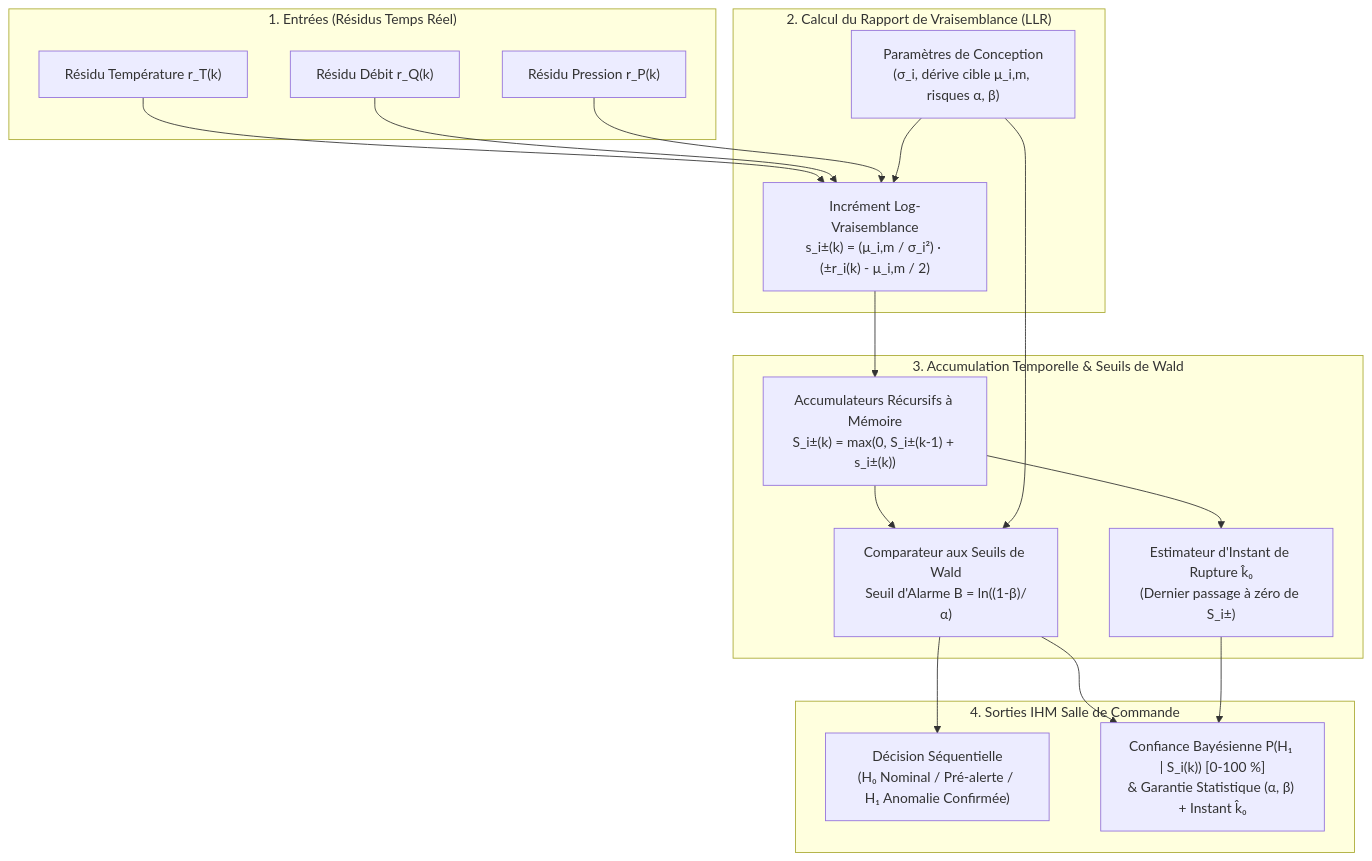
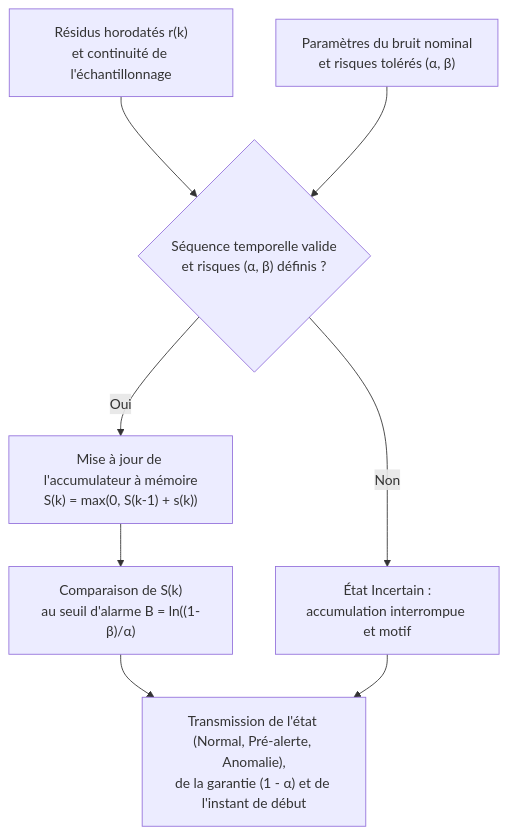
One commit to cKEVIN-Sawadogo/IMP-II-Automne-2026 changed the third of 3 diagrams in lot_l7_detection_anomalies_concepts.md. Above: the diagram before and after it, drawn with Mermaid. The commit also changed other lines of this file, not shown here.

Commit message:
mise a jour  de lot_l7_detection_anomalies_concepts.md

````diff
--- a/lot_l7_detection_anomalies_concepts.md
+++ b/lot_l7_detection_anomalies_concepts.md
@@ -229,34 +187,10 @@
 ```mermaid
 graph TD
-    subgraph Entrees ["1. Entrées (Résidus Temps Réel)"]
-        RT["Résidu Température r_T(k)"]
-        RQ["Résidu Débit r_Q(k)"]
-        RP["Résidu Pression r_P(k)"]
-    end
-
-    subgraph Traitement ["2. Calcul du Rapport de Vraisemblance (LLR)"]
-        PARAM["Paramètres de Conception<br/>(σ_i, dérive cible μ_i,m, risques α, β)"]
-        LLR["Incrément Log-Vraisemblance<br/>s_i±(k) = (μ_i,m / σ_i²) · (±r_i(k) - μ_i,m / 2)"]
-    end
-
-    subgraph Memoire ["3. Accumulation Temporelle & Seuils de Wald"]
-        ACC["Accumulateurs Récursifs à Mémoire<br/>S_i±(k) = max(0, S_i±(k-1) + s_i±(k))"]
-        HORODAT["Estimateur d'Instant de Rupture k̂₀<br/>(Dernier passage à zéro de S_i±)"]
-        COMP["Comparateur aux Seuils de Wald<br/>Seuil d'Alarme B = ln((1-β)/α)"]
-    end
-
-    subgraph Sorties ["4. Sorties IHM Salle de Commande"]
-        ETAT["Décision Séquentielle<br/>(H₀ Nominal / Pré-alerte / H₁ Anomalie Confirmée)"]
-        CONF["Confiance Bayésienne P(H₁ | S_i(k)) [0-100 %]<br/>& Garantie Statistique (α, β) + Instant k̂₀"]
-    end
-
-    RT & RQ & RP --> LLR
-    PARAM --> LLR
-    LLR --> ACC
-    ACC --> HORODAT
-    ACC --> COMP
-    PARAM --> COMP
-    COMP --> ETAT
-    COMP --> CONF
-    HORODAT --> CONF
+    A["Résidus horodatés r(k)<br/>et continuité de l'échantillonnage"] --> C{"Séquence temporelle valide<br/>et risques (α, β) définis ?"}
+    B["Paramètres du bruit nominal<br/>et risques tolérés (α, β)"] --> C
+    C -->|"Oui"| D["Mise à jour de l'accumulateur à mémoire<br/>S(k) = max(0, S(k-1) + s(k))"]
+    C -->|"Non"| E["État Incertain :<br/>accumulation interrompue et motif"]
+    D --> F["Comparaison de S(k)<br/>au seuil d'alarme B = ln((1-β)/α)"]
+    F --> G["Transmission de l'état (Normal, Pré-alerte, Anomalie),<br/>de la garantie (1 - α) et de l'instant de début"]
+    E --> G
 ```
````
